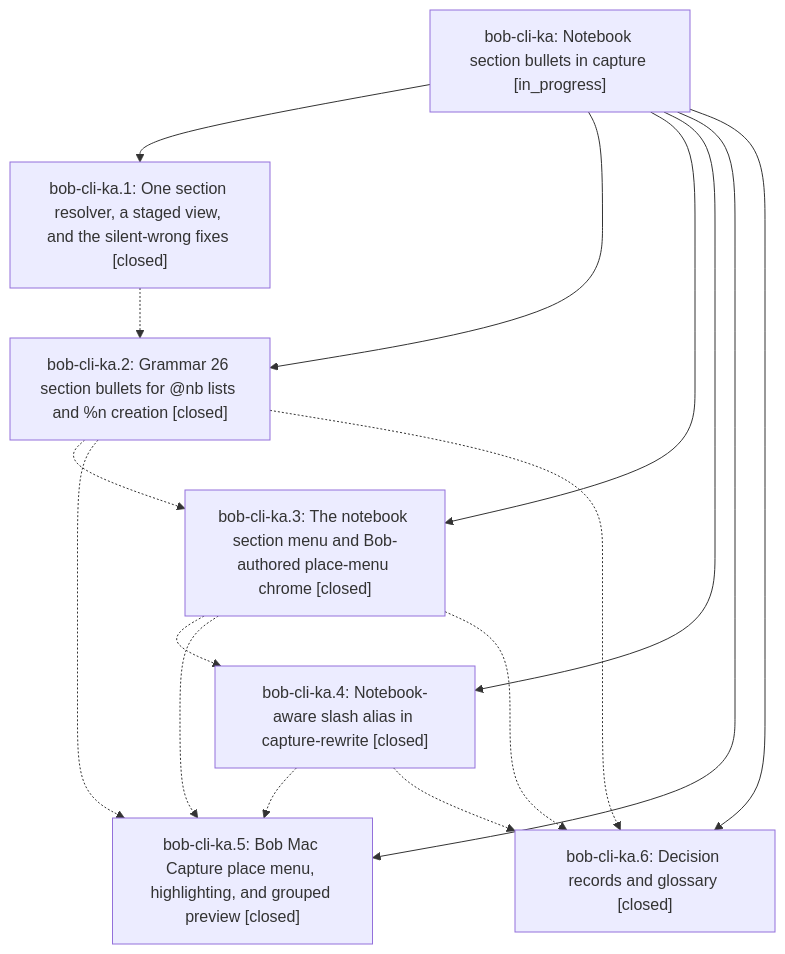
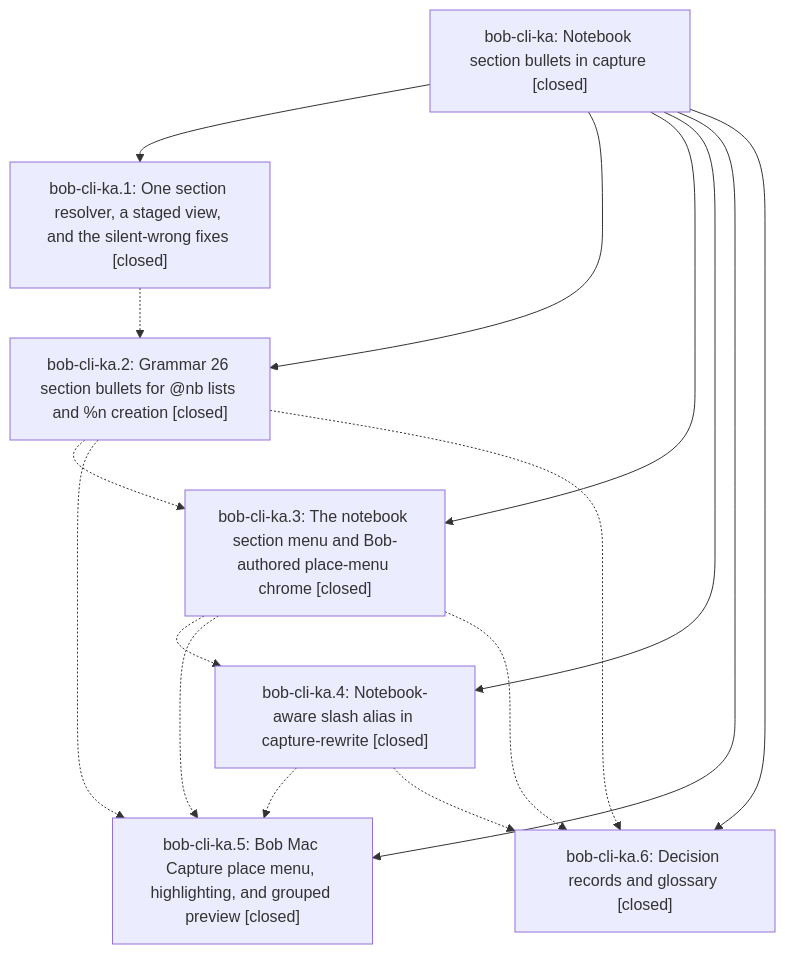
The diagram in pages/bob-cli-ka/README.md (bobs-org/bob-cli--beads), drawn with Mermaid before and after one commit. The commit also changed other lines of this file, not shown here.

First line of the commit message:
chore(beads): sync bead state and pages for bob-cli-ka

````diff
--- a/pages/bob-cli-ka/README.md
+++ b/pages/bob-cli-ka/README.md
@@ -49,25 +51,25 @@
 ```mermaid
 flowchart TD
-    n0["bob-cli-ka: Notebook section bullets in capture [in_progress]"]
+    n0["bob-cli-ka: Notebook section bullets in capture [closed]"]
     n1["bob-cli-ka.1: One section resolver, a staged view, and the silent-wrong fixes [closed]"]
     n2["bob-cli-ka.2: Grammar 26 section bullets for @nb lists and %n creation [closed]"]
     n3["bob-cli-ka.3: The notebook section menu and Bob-authored place-menu chrome [closed]"]
     n4["bob-cli-ka.4: Notebook-aware slash alias in capture-rewrite [closed]"]
     n5["bob-cli-ka.5: Bob Mac Capture place menu, highlighting, and grouped preview [closed]"]
     n6["bob-cli-ka.6: Decision records and glossary [closed]"]
     n0 --> n1
     n0 --> n2
     n0 --> n3
     n0 --> n4
     n0 --> n5
     n0 --> n6
     n1 -.-> n2
     n2 -.-> n3
     n2 -.-> n5
     n2 -.-> n6
     n3 -.-> n4
     n3 -.-> n5
     n3 -.-> n6
     n4 -.-> n5
     n4 -.-> n6
 ```
````
